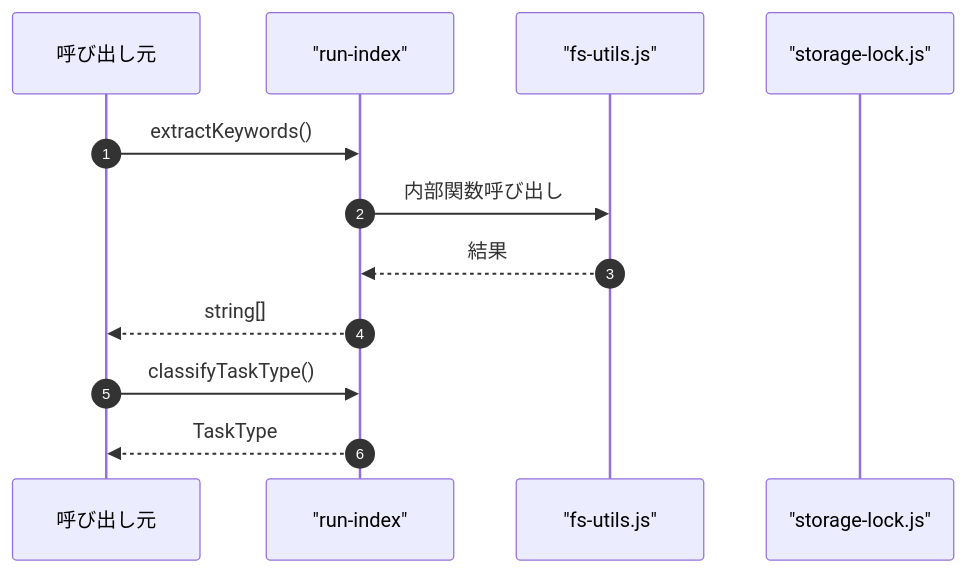
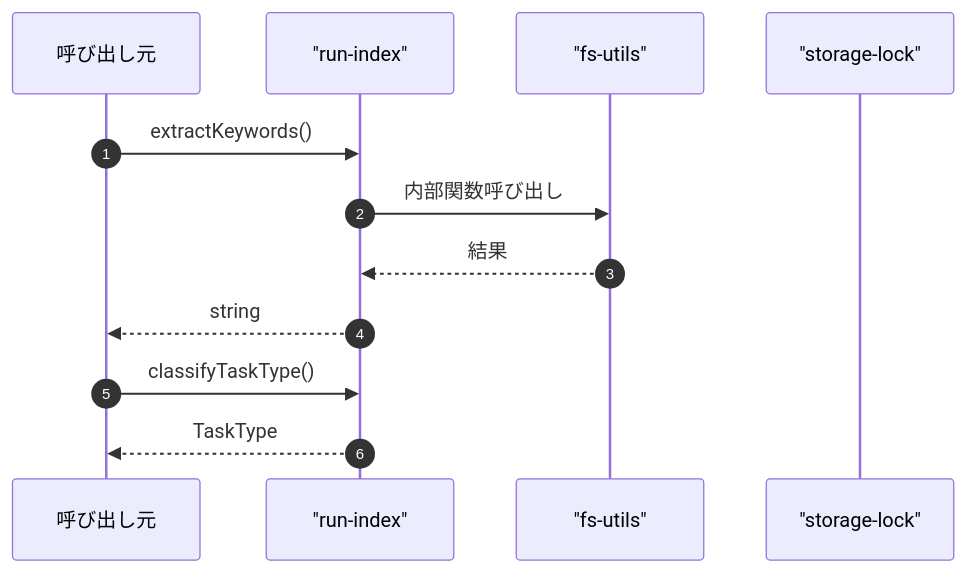
Before and after one commit to Mekann2904/mekann: the fourth of 4 diagrams in ABDD/.pi/lib/run-index.md, drawn with Mermaid. The commit also changed other lines of this file and 174 other files, not shown here.

First line of the commit message:
fix(docs): ABDDのMermaid図生成エラーを修正する

````diff
--- a/ABDD/.pi/lib/run-index.md
+++ b/ABDD/.pi/lib/run-index.md
@@ -119,16 +119,16 @@
 ```mermaid
 sequenceDiagram
   autonumber
   participant Caller as 呼び出し元
   participant run_index as "run-index"
-  participant fs_utils_js as "fs-utils.js"
-  participant storage_lock_js as "storage-lock.js"
+  participant fs_utils as "fs-utils"
+  participant storage_lock as "storage-lock"
 
   Caller->>run_index: extractKeywords()
-  run_index->>fs_utils_js: 内部関数呼び出し
-  fs_utils_js-->>run_index: 結果
-  run_index-->>Caller: string[]
+  run_index->>fs_utils: 内部関数呼び出し
+  fs_utils-->>run_index: 結果
+  run_index-->>Caller: string
 
   Caller->>run_index: classifyTaskType()
   run_index-->>Caller: TaskType
 ```
````
